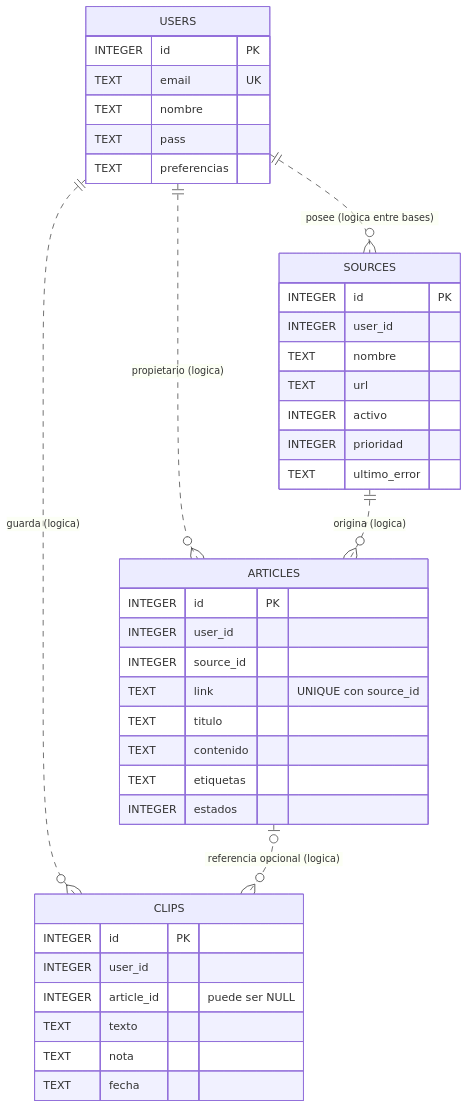
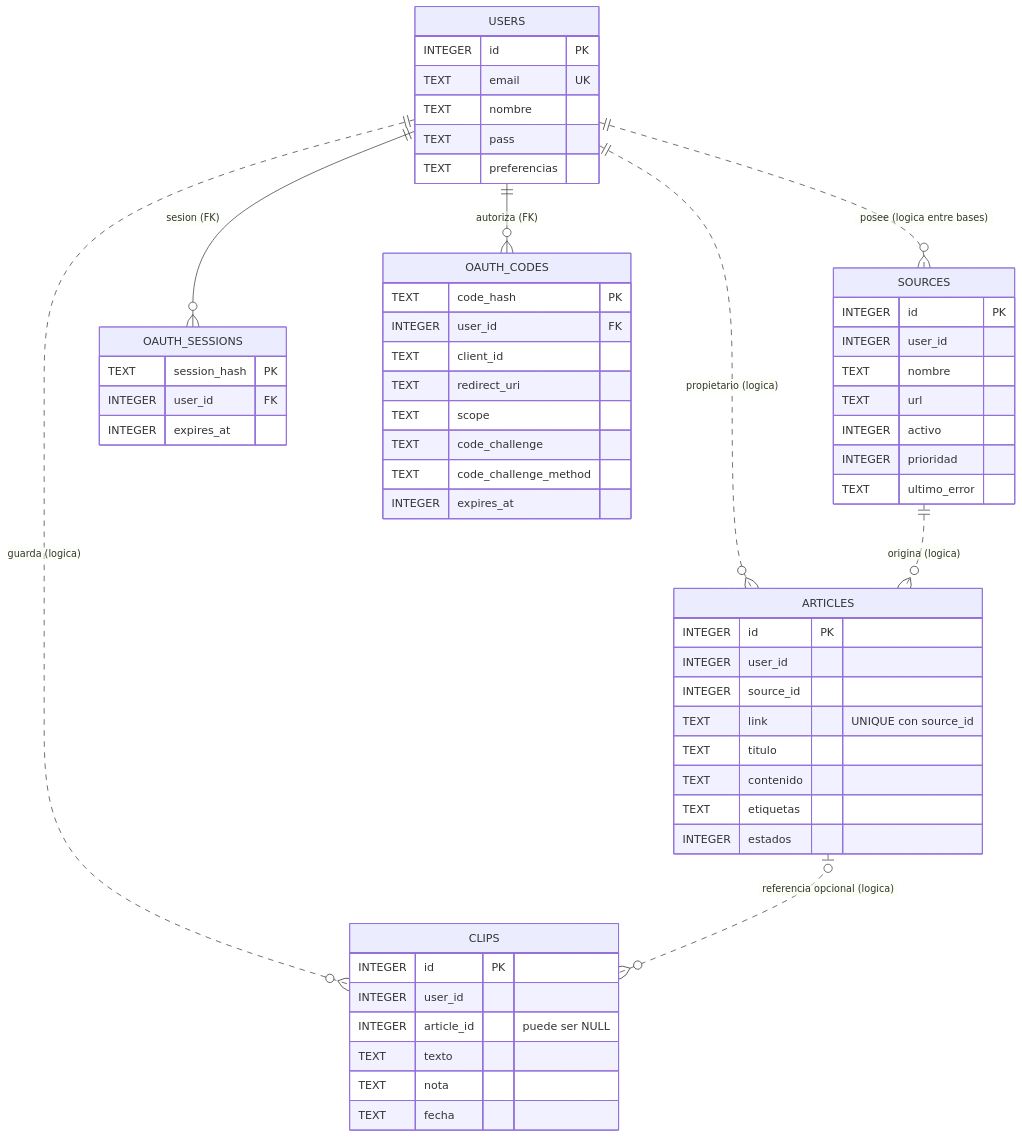
Before and after one commit to danny123uwu/News_IA_Plus: the diagram in docs/modelo-relacional.md, drawn with Mermaid. The commit also changed other lines of this file and 39 other files, not shown here.

````diff
--- a/docs/modelo-relacional.md
+++ b/docs/modelo-relacional.md
@@ -8,42 +8,59 @@
 ```mermaid
 erDiagram
     USERS ||..o{ SOURCES : "posee (logica entre bases)"
     USERS ||..o{ ARTICLES : "propietario (logica)"
     USERS ||..o{ CLIPS : "guarda (logica)"
+    USERS ||--o{ OAUTH_SESSIONS : "sesion (FK)"
+    USERS ||--o{ OAUTH_CODES : "autoriza (FK)"
     SOURCES ||..o{ ARTICLES : "origina (logica)"
     ARTICLES o|..o{ CLIPS : "referencia opcional (logica)"
     USERS {
       INTEGER id PK
       TEXT email UK
       TEXT nombre
       TEXT pass
       TEXT preferencias
     }
     SOURCES {
       INTEGER id PK
       INTEGER user_id
       TEXT nombre
       TEXT url
       INTEGER activo
       INTEGER prioridad
       TEXT ultimo_error
     }
     ARTICLES {
       INTEGER id PK
       INTEGER user_id
       INTEGER source_id
       TEXT link "UNIQUE con source_id"
       TEXT titulo
       TEXT contenido
       TEXT etiquetas
       INTEGER estados
     }
     CLIPS {
       INTEGER id PK
       INTEGER user_id
       INTEGER article_id "puede ser NULL"
       TEXT texto
       TEXT nota
       TEXT fecha
     }
+    OAUTH_SESSIONS {
+      TEXT session_hash PK
+      INTEGER user_id FK
+      INTEGER expires_at
+    }
+    OAUTH_CODES {
+      TEXT code_hash PK
+      INTEGER user_id FK
+      TEXT client_id
+      TEXT redirect_uri
+      TEXT scope
+      TEXT code_challenge
+      TEXT code_challenge_method
+      INTEGER expires_at
+    }
 ```
````
